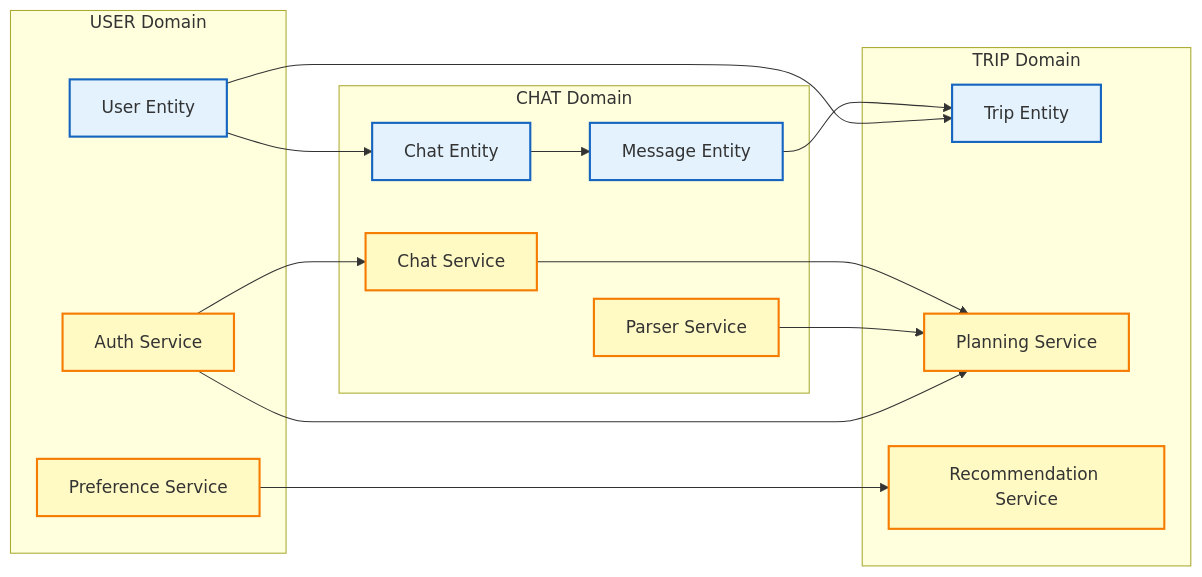
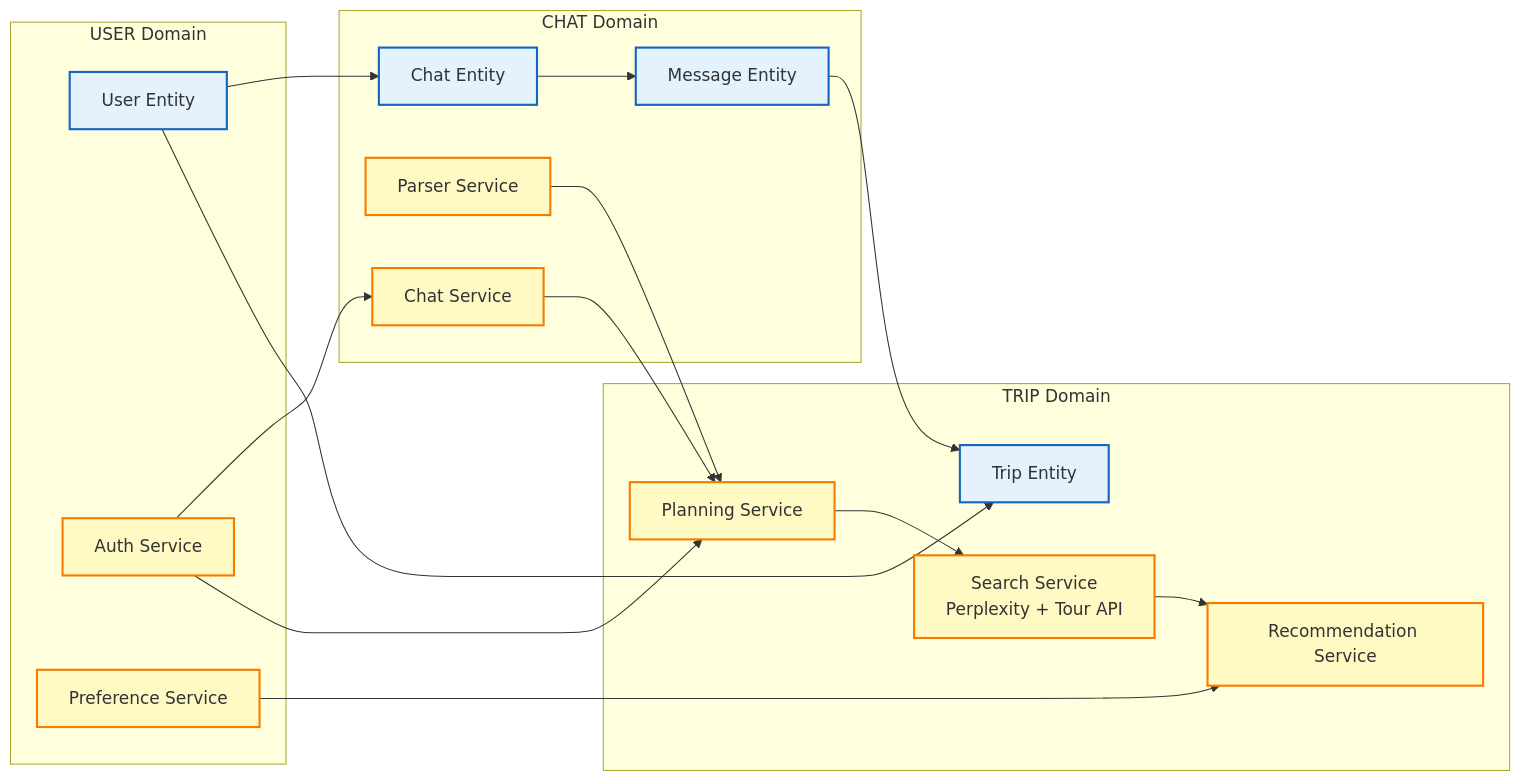
The fourth of 6 diagrams in docs/SYSTEM_ARCHITECTURE.md (prgrms-aibe-devcourse/AIBE2_FinalProject_Compass_BE), drawn with Mermaid before and after one commit. The commit also changed other lines of this file and 35 other files, not shown here.

````diff
--- a/docs/SYSTEM_ARCHITECTURE.md
+++ b/docs/SYSTEM_ARCHITECTURE.md
@@ -264,38 +294,41 @@
 ```mermaid
 graph LR
     subgraph "USER Domain"
         USER_ENTITY[User Entity]
         AUTH_SERVICE[Auth Service]
         PREF_SERVICE[Preference Service]
     end
 
     subgraph "CHAT Domain"
         CHAT_ENTITY[Chat Entity]
         MESSAGE_ENTITY[Message Entity]
         PARSER_SERVICE[Parser Service]
         CHAT_SERVICE[Chat Service]
     end
 
     subgraph "TRIP Domain"
         TRIP_ENTITY[Trip Entity]
         PLAN_SERVICE[Planning Service]
         REC_SERVICE[Recommendation Service]
+        SEARCH_SERVICE[Search Service<br/>Perplexity + Tour API]
     end
 
     USER_ENTITY --> CHAT_ENTITY
     USER_ENTITY --> TRIP_ENTITY
     CHAT_ENTITY --> MESSAGE_ENTITY
     MESSAGE_ENTITY --> TRIP_ENTITY
 
     AUTH_SERVICE --> CHAT_SERVICE
     AUTH_SERVICE --> PLAN_SERVICE
     PREF_SERVICE --> REC_SERVICE
     PARSER_SERVICE --> PLAN_SERVICE
     CHAT_SERVICE --> PLAN_SERVICE
+    PLAN_SERVICE --> SEARCH_SERVICE
+    SEARCH_SERVICE --> REC_SERVICE
 
     classDef entity fill:#e3f2fd,stroke:#1565c0,stroke-width:2px
     classDef service fill:#fff9c4,stroke:#f57c00,stroke-width:2px
 
     class USER_ENTITY,CHAT_ENTITY,MESSAGE_ENTITY,TRIP_ENTITY entity
-    class AUTH_SERVICE,PREF_SERVICE,PARSER_SERVICE,CHAT_SERVICE,PLAN_SERVICE,REC_SERVICE service
+    class AUTH_SERVICE,PREF_SERVICE,PARSER_SERVICE,CHAT_SERVICE,PLAN_SERVICE,REC_SERVICE,SEARCH_SERVICE service
 ```
````
